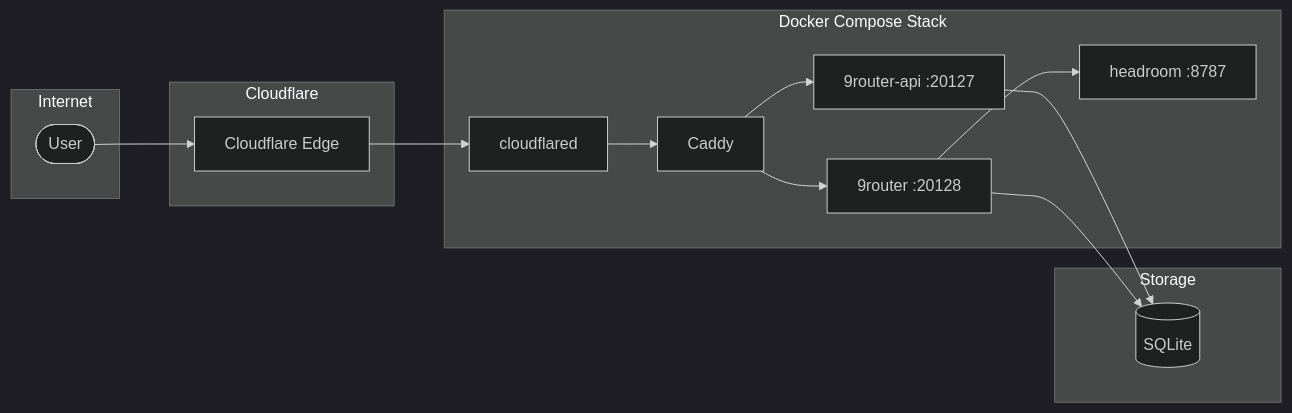
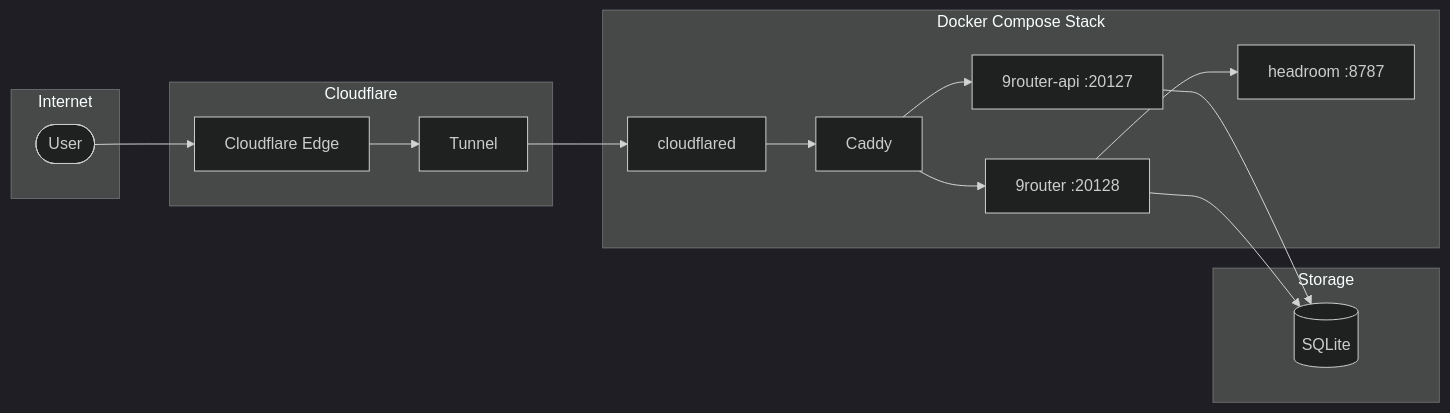
One commit to vianhanif/9router-deploy changed the diagram in README.md. Above: the diagram before and after it, drawn with Mermaid (dark theme). The commit also changed other lines of this file, not shown here.

````diff
--- a/README.md
+++ b/README.md
@@ -7,26 +7,27 @@
 ```mermaid
 flowchart LR
     subgraph Internet
         User([User])
     end
     subgraph Cloudflare
         CF[Cloudflare Edge]
+        T[Tunnel]
     end
     subgraph Docker["Docker Compose Stack"]
         cloudflared[cloudflared]
         caddy[Caddy]
         api[9router-api :20127]
         dashboard[9router :20128]
         headroom[headroom :8787]
     end
     subgraph Storage
         DB[(SQLite)]
     end
 
-    User --> CF --> cloudflared --> caddy
+    User --> CF --> T --> cloudflared --> caddy
     caddy --> api
     caddy --> dashboard
     dashboard --> headroom
     api --> DB
     dashboard --> DB
 ```
````
